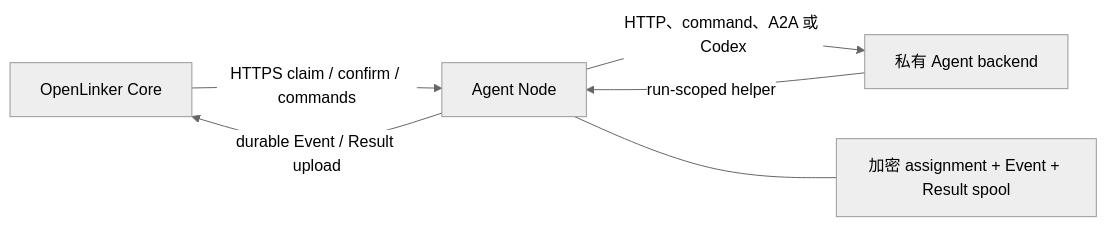
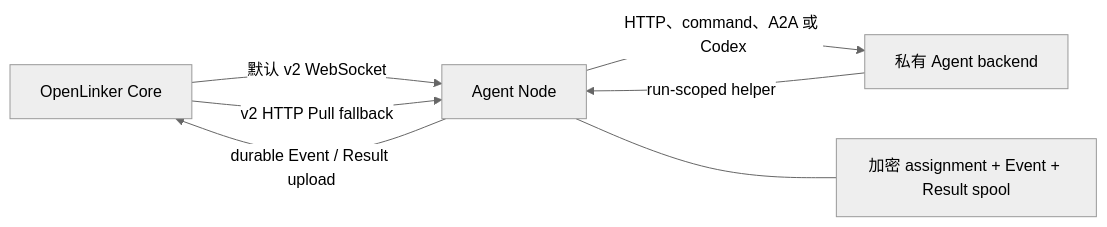
Before and after one commit to OpenLinker-ai/openlinker-agent-node: the diagram in README.zh-CN.md, drawn with Mermaid (neutral theme). The commit also changed other lines of this file and 48 other files, not shown here.

````diff
--- a/README.zh-CN.md
+++ b/README.zh-CN.md
@@ -31,8 +38,9 @@
 ```mermaid
 flowchart LR
-  Core["OpenLinker Core"] -->|"HTTPS claim / confirm / commands"| Node["Agent Node"]
+  Core["OpenLinker Core"] -->|"默认 v2 WebSocket"| Node["Agent Node"]
+  Core -->|"v2 HTTP Pull fallback"| Node
   Node -->|"HTTP、command、A2A 或 Codex"| Backend["私有 Agent backend"]
   Backend -->|"run-scoped helper"| Node
   Node -->|"durable Event / Result upload"| Core
   Node --- Store["加密 assignment + Event + Result spool"]
 ```
````
